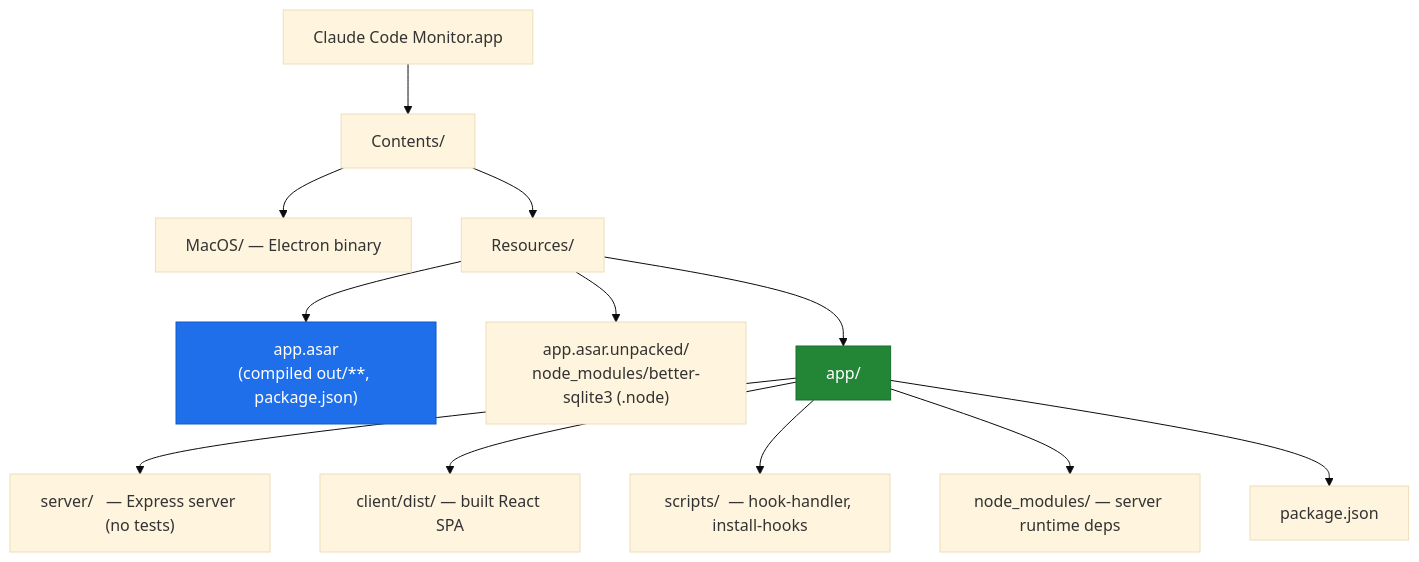
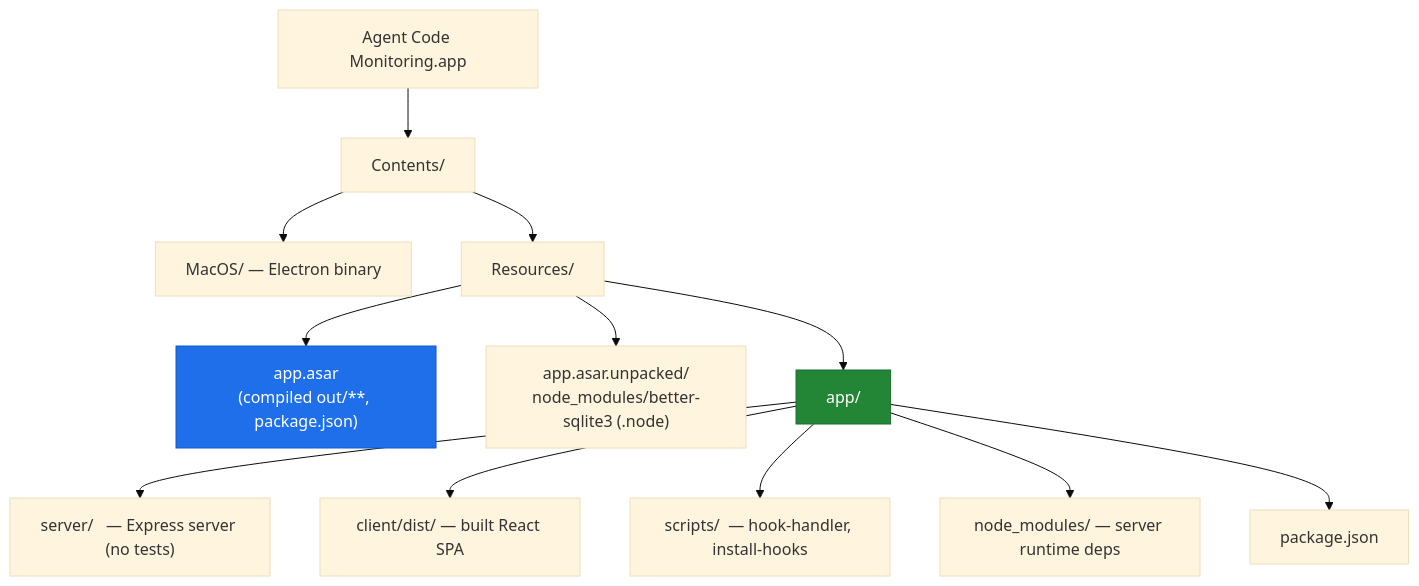
One commit to billphamhypertek/agent-code-monitoring changed the ninth of 14 diagrams in desktop/README.md. Above: the diagram before and after it, drawn with Mermaid (base theme). The commit also changed other lines of this file and 53 other files, not shown here.

````diff
--- a/desktop/README.md
+++ b/desktop/README.md
@@ -500,18 +500,18 @@
 ```mermaid
 flowchart TD
-    app["Claude Code Monitor.app"]
+    app["Agent Code Monitoring.app"]
     app --> contents["Contents/"]
     contents --> macos["MacOS/ — Electron binary"]
     contents --> res["Resources/"]
     res --> asar["app.asar<br/>(compiled out/**, package.json)"]
     res --> unpacked["app.asar.unpacked/<br/>node_modules/better-sqlite3 (.node)"]
     res --> appdir["app/"]
     appdir --> a1["server/   — Express server (no tests)"]
     appdir --> a2["client/dist/ — built React SPA"]
     appdir --> a3["scripts/  — hook-handler, install-hooks"]
     appdir --> a4["node_modules/ — server runtime deps"]
     appdir --> a5["package.json"]
 
     style asar fill:#1f6feb,stroke:#1158c7,color:#fff
     style appdir fill:#238636,stroke:#196c2e,color:#fff
 ```
````
